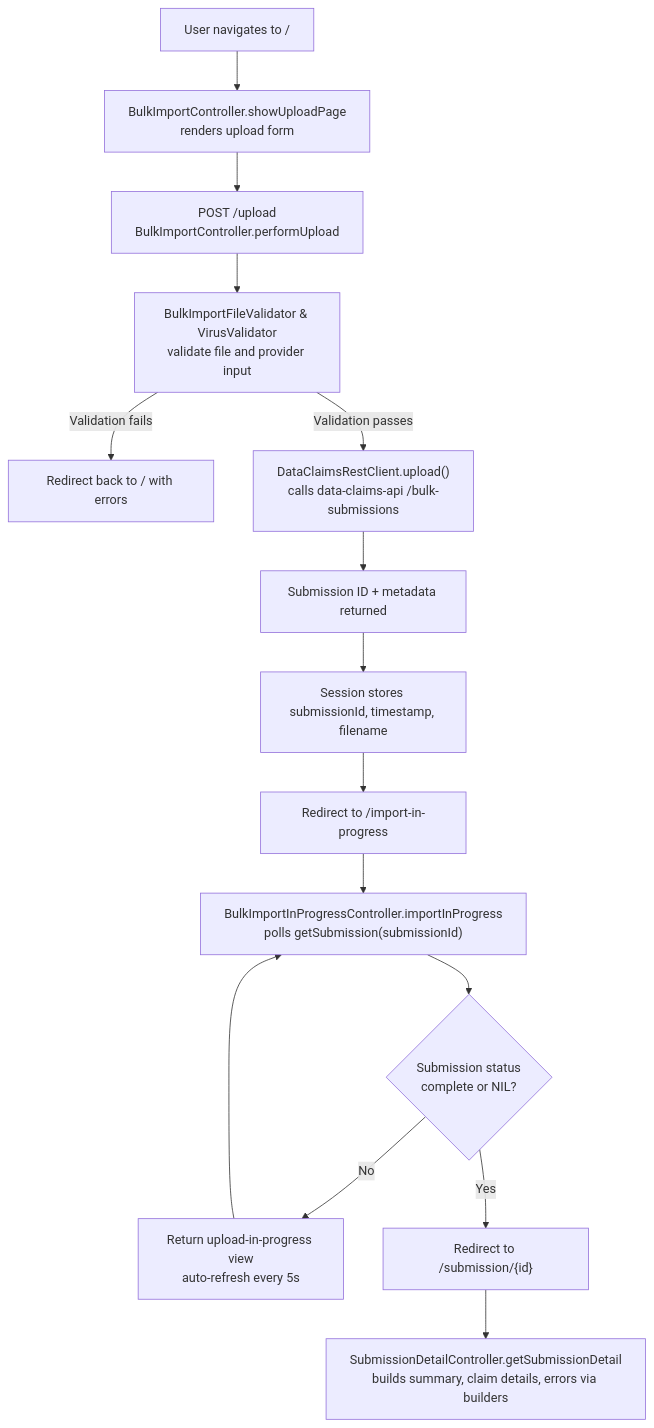
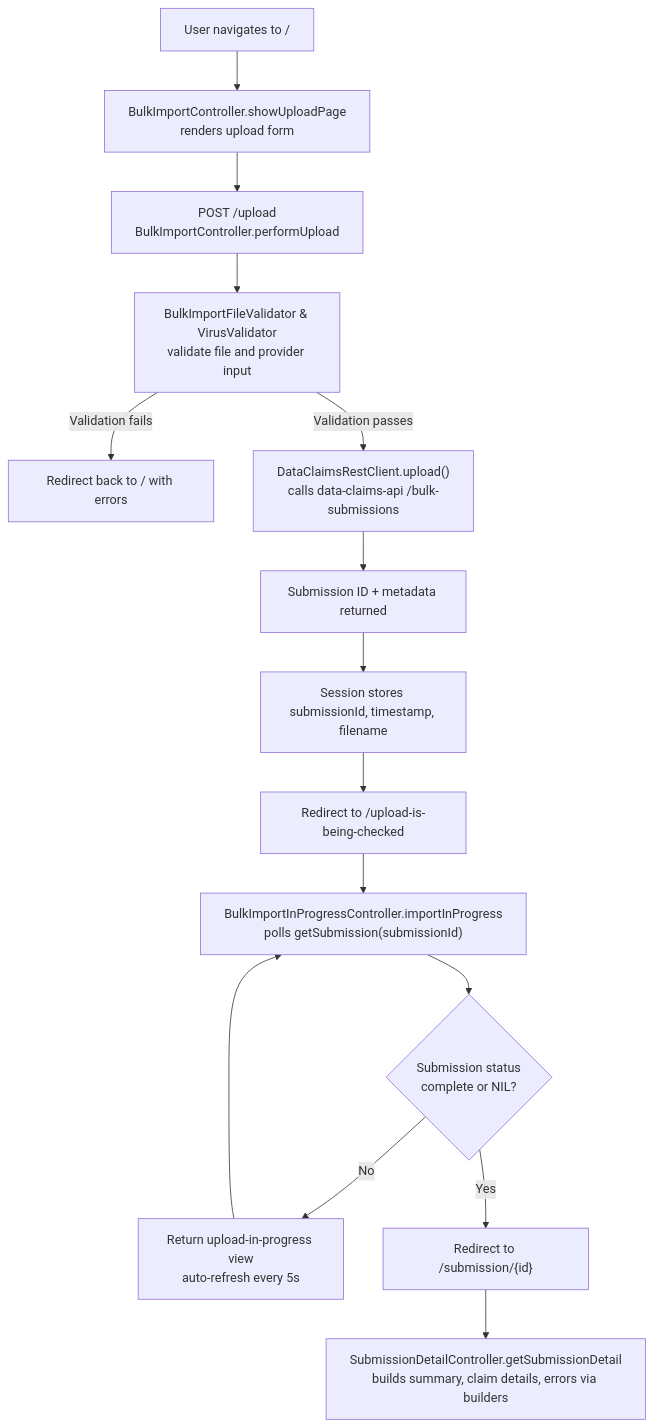
The diagram in docs/flows/bulk-upload-flow.md (ministryofjustice/laa-submit-a-bulk-claim), drawn with Mermaid before and after one commit. The commit also changed 23 other files, not shown here.

Commit message:
Removed mock up templates, and deprecated code. Also renamed upload-in-progress.html to upload-being-checked.html and related classes/functionality.

````diff
--- a/docs/flows/bulk-upload-flow.md
+++ b/docs/flows/bulk-upload-flow.md
@@ -7,18 +7,18 @@
 ```mermaid
 flowchart TD
     start["User navigates to /"] --> showUpload["BulkImportController.showUploadPage\nrenders upload form"]
     showUpload --> submit["POST /upload\nBulkImportController.performUpload"]
     submit --> validate["BulkImportFileValidator & VirusValidator\nvalidate file and provider input"]
     validate -->|Validation fails| redisplay["Redirect back to / with errors"]
     validate -->|Validation passes| upload["DataClaimsRestClient.upload()\ncalls data-claims-api /bulk-submissions"]
     upload --> response["Submission ID + metadata returned"]
     response --> cache["Session stores submissionId, timestamp, filename"]
-    cache --> redirect["Redirect to /import-in-progress"]
+    cache --> redirect["Redirect to /upload-is-being-checked"]
     redirect --> poll["BulkImportInProgressController.importInProgress\npolls getSubmission(submissionId)"]
     poll --> status{"Submission status\ncomplete or NIL?"}
     status -->|No| refresh["Return upload-in-progress view\nauto-refresh every 5s"]
     refresh --> poll
     status -->|Yes| detail["Redirect to /submission/{id}"]
     detail --> view["SubmissionDetailController.getSubmissionDetail\nbuilds summary, claim details, errors via builders"]
 
 ```
````
